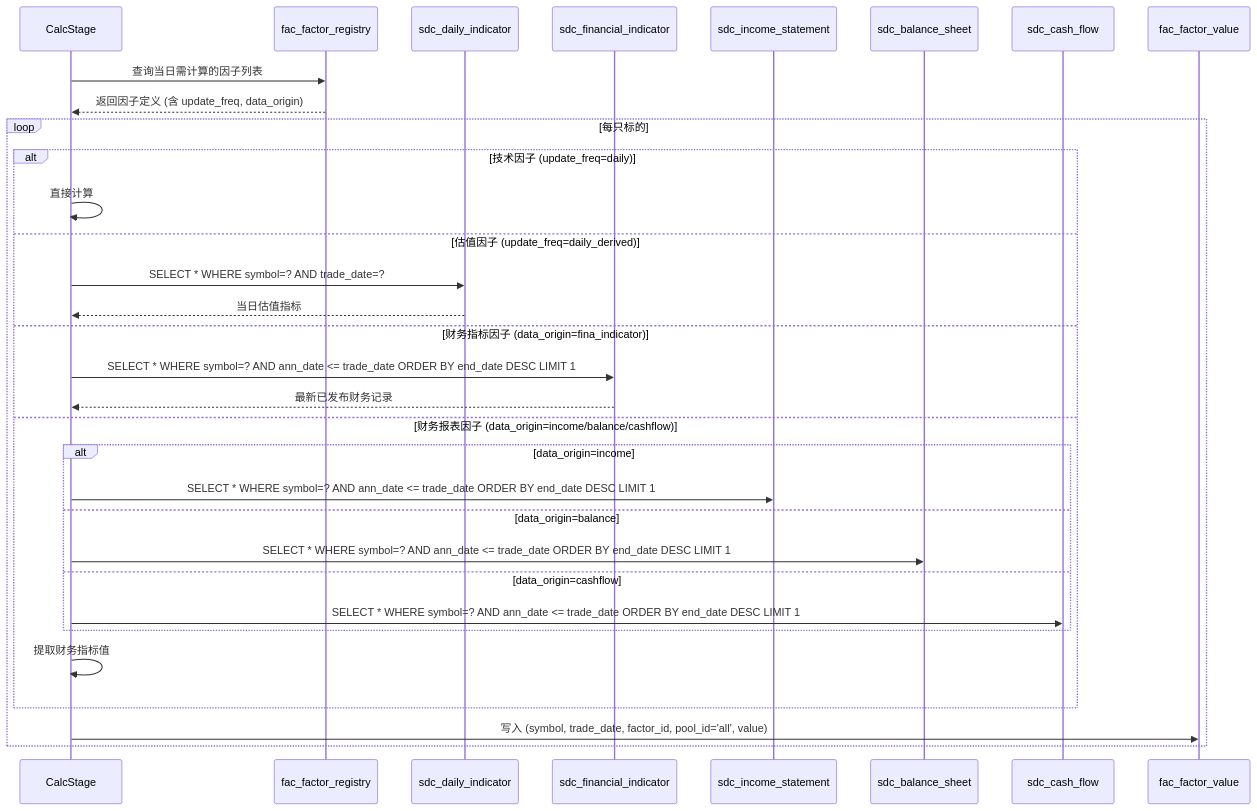
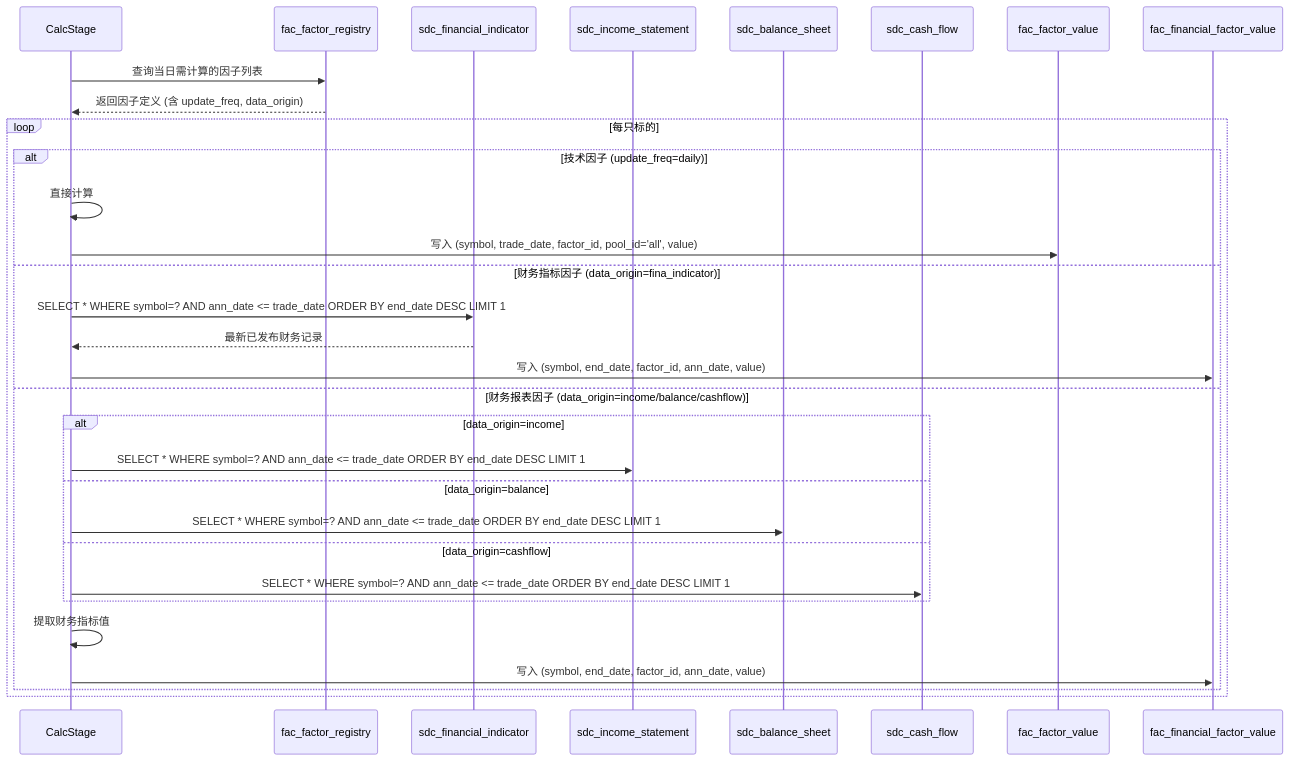
Diagram 25 of 31 in docs/factor-architecture.md (bitiany/xq-trader), drawn with Mermaid before and after one commit. The commit also changed other lines of this file and 35 other files, not shown here.

````diff
--- a/docs/factor-architecture.md
+++ b/docs/factor-architecture.md
@@ -1042,36 +1420,35 @@
 ```mermaid
 sequenceDiagram
     participant Calc as CalcStage
     participant Reg as fac_factor_registry
-    participant DI as sdc_daily_indicator
     participant FI as sdc_financial_indicator
     participant IS as sdc_income_statement
     participant BS as sdc_balance_sheet
     participant CF as sdc_cash_flow
-    participant Out as fac_factor_value
+    participant OutDaily as fac_factor_value
+    participant OutFina as fac_financial_factor_value
 
     Calc->>Reg: 查询当日需计算的因子列表
     Reg-->>Calc: 返回因子定义 (含 update_freq, data_origin)
 
     loop 每只标的
         alt 技术因子 (update_freq=daily)
             Calc->>Calc: 直接计算
-        else 估值因子 (update_freq=daily_derived)
-            Calc->>DI: SELECT * WHERE symbol=? AND trade_date=?
-            DI-->>Calc: 当日估值指标
+            Calc->>OutDaily: 写入 (symbol, trade_date, factor_id, pool_id='all', value)
         else 财务指标因子 (data_origin=fina_indicator)
             Calc->>FI: SELECT * WHERE symbol=? AND ann_date <= trade_date ORDER BY end_date DESC LIMIT 1
             FI-->>Calc: 最新已发布财务记录
+            Calc->>OutFina: 写入 (symbol, end_date, factor_id, ann_date, value)
         else 财务报表因子 (data_origin=income/balance/cashflow)
             alt data_origin=income
                 Calc->>IS: SELECT * WHERE symbol=? AND ann_date <= trade_date ORDER BY end_date DESC LIMIT 1
             else data_origin=balance
                 Calc->>BS: SELECT * WHERE symbol=? AND ann_date <= trade_date ORDER BY end_date DESC LIMIT 1
             else data_origin=cashflow
                 Calc->>CF: SELECT * WHERE symbol=? AND ann_date <= trade_date ORDER BY end_date DESC LIMIT 1
             end
             Calc->>Calc: 提取财务指标值
+            Calc->>OutFina: 写入 (symbol, end_date, factor_id, ann_date, value)
         end
-        Calc->>Out: 写入 (symbol, trade_date, factor_id, pool_id='all', value)
     end
 ```
````
